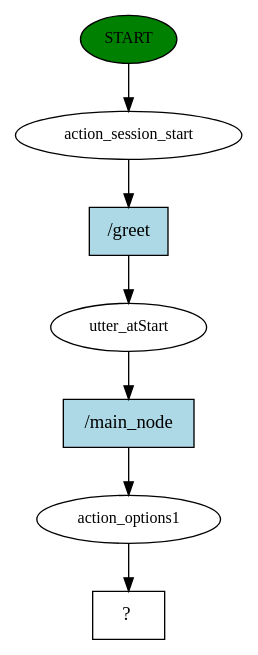
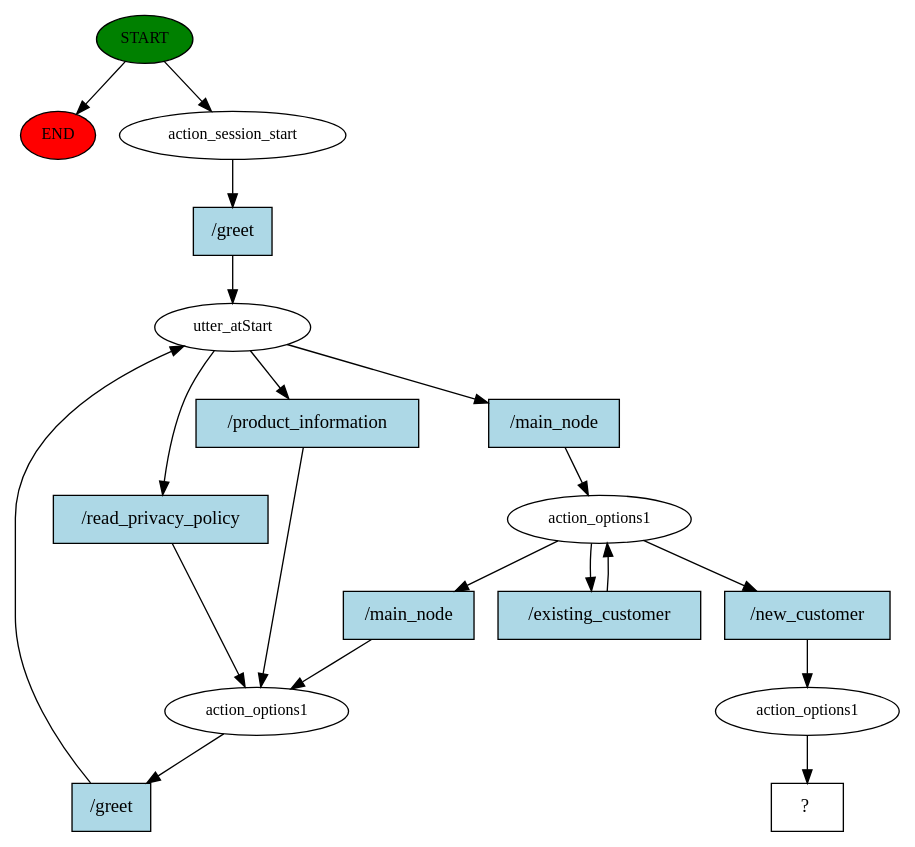
The diagram in gplexRasa/story_graph.dot (ehzawad/lanka_bangla), drawn with Graphviz before and after one commit. The commit also changed 8 other files, not shown here.

```diff
--- a/gplexRasa/story_graph.dot
+++ b/gplexRasa/story_graph.dot
@@ -1,15 +1,37 @@
 digraph  {
 0 [class="start active", fillcolor=green, fontsize=12, label=START, style=filled];
+"-1" [class=end, fillcolor=red, fontsize=12, label=END, style=filled];
 1 [class=active, fontsize=12, label=action_session_start];
 2 [class=active, fontsize=12, label=utter_atStart];
 3 [class=active, fontsize=12, label=action_options1];
-4 [class="intent dashed active", label="  ?  ", shape=rect];
-5 [class="intent active", fillcolor=lightblue, label="/greet", shape=rect, style=filled];
-6 [class="intent active", fillcolor=lightblue, label="/main_node", shape=rect, style=filled];
+5 [class=active, fontsize=12, label=action_options1];
+12 [class=active, fontsize=12, label=action_options1];
+13 [class="intent dashed active", label="  ?  ", shape=rect];
+14 [class="intent active", fillcolor=lightblue, label="/greet", shape=rect, style=filled];
+15 [class="intent active", fillcolor=lightblue, label="/read_privacy_policy", shape=rect, style=filled];
+16 [class="intent active", fillcolor=lightblue, label="/product_information", shape=rect, style=filled];
+17 [class="intent active", fillcolor=lightblue, label="/main_node", shape=rect, style=filled];
+18 [class="intent active", fillcolor=lightblue, label="/greet", shape=rect, style=filled];
+19 [class="intent active", fillcolor=lightblue, label="/main_node", shape=rect, style=filled];
+20 [class="intent active", fillcolor=lightblue, label="/existing_customer", shape=rect, style=filled];
+21 [class="intent active", fillcolor=lightblue, label="/new_customer", shape=rect, style=filled];
+0 -> "-1"  [class="", key=NONE, label=""];
 0 -> 1  [class=active, key=NONE, label=""];
-1 -> 5  [class=active, key=0];
-2 -> 6  [class=active, key=0];
-3 -> 4  [class=active, key=NONE, label=""];
-5 -> 2  [class=active, key=0];
-6 -> 3  [class=active, key=0];
+1 -> 14  [class=active, key=0];
+2 -> 15  [class=active, key=0];
+2 -> 16  [class=active, key=0];
+2 -> 17  [class=active, key=0];
+3 -> 18  [class=active, key=0];
+5 -> 19  [class=active, key=0];
+5 -> 20  [class=active, key=0];
+5 -> 21  [class=active, key=0];
+12 -> 13  [class=active, key=NONE, label=""];
+14 -> 2  [class=active, key=0];
+15 -> 3  [class=active, key=0];
+16 -> 3  [class=active, key=0];
+17 -> 5  [class=active, key=0];
+18 -> 2  [class=active, key=0];
+19 -> 3  [class=active, key=0];
+20 -> 5  [class=active, key=0];
+21 -> 12  [class=active, key=0];
 }
```
